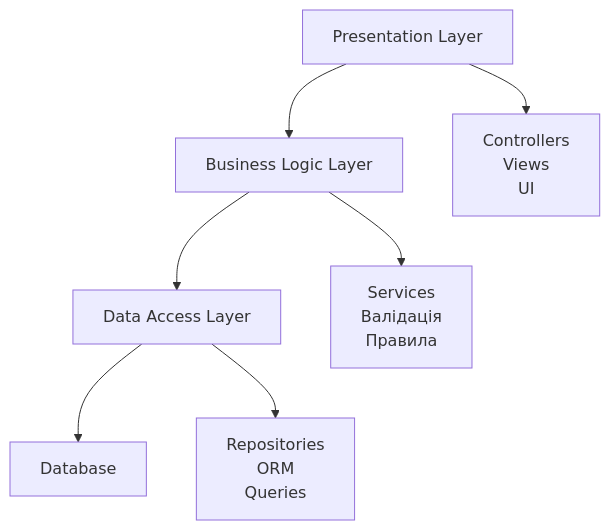
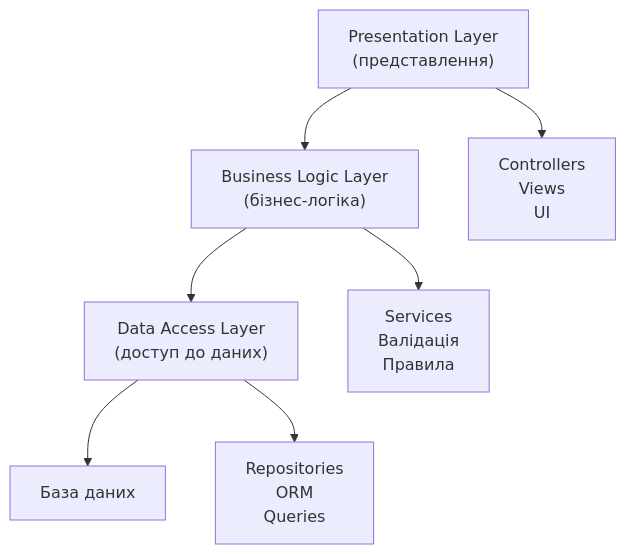
Before and after one commit to olroi421/course-opi-v2: the third of 7 diagrams in presentations/presentation-09.md, drawn with Mermaid. The commit also changed other lines of this file and 10 other files, not shown here.

````diff
--- a/presentations/presentation-09.md
+++ b/presentations/presentation-09.md
@@ -171,10 +220,10 @@
 ```mermaid
 graph TB
-    A[Presentation Layer] --> B[Business Logic Layer]
-    B --> C[Data Access Layer]
-    C --> D[Database]
+    A["Presentation Layer<br/>(представлення)"] --> B["Business Logic Layer<br/>(бізнес-логіка)"]
+    B --> C["Data Access Layer<br/>(доступ до даних)"]
+    C --> D["База даних"]
 
-    A --> E[Controllers<br/>Views<br/>UI]
-    B --> F[Services<br/>Валідація<br/>Правила]
-    C --> G[Repositories<br/>ORM<br/>Queries]
+    A --> E["Controllers<br/>Views<br/>UI"]
+    B --> F["Services<br/>Валідація<br/>Правила"]
+    C --> G["Repositories<br/>ORM<br/>Queries"]
 ```
````
